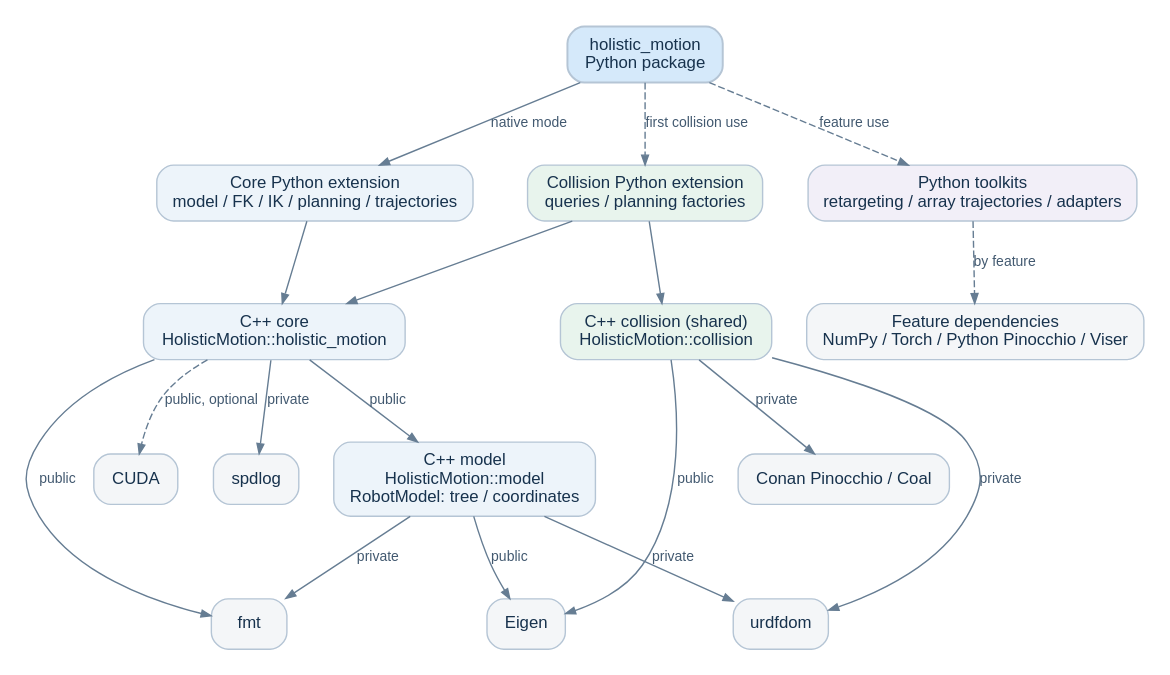
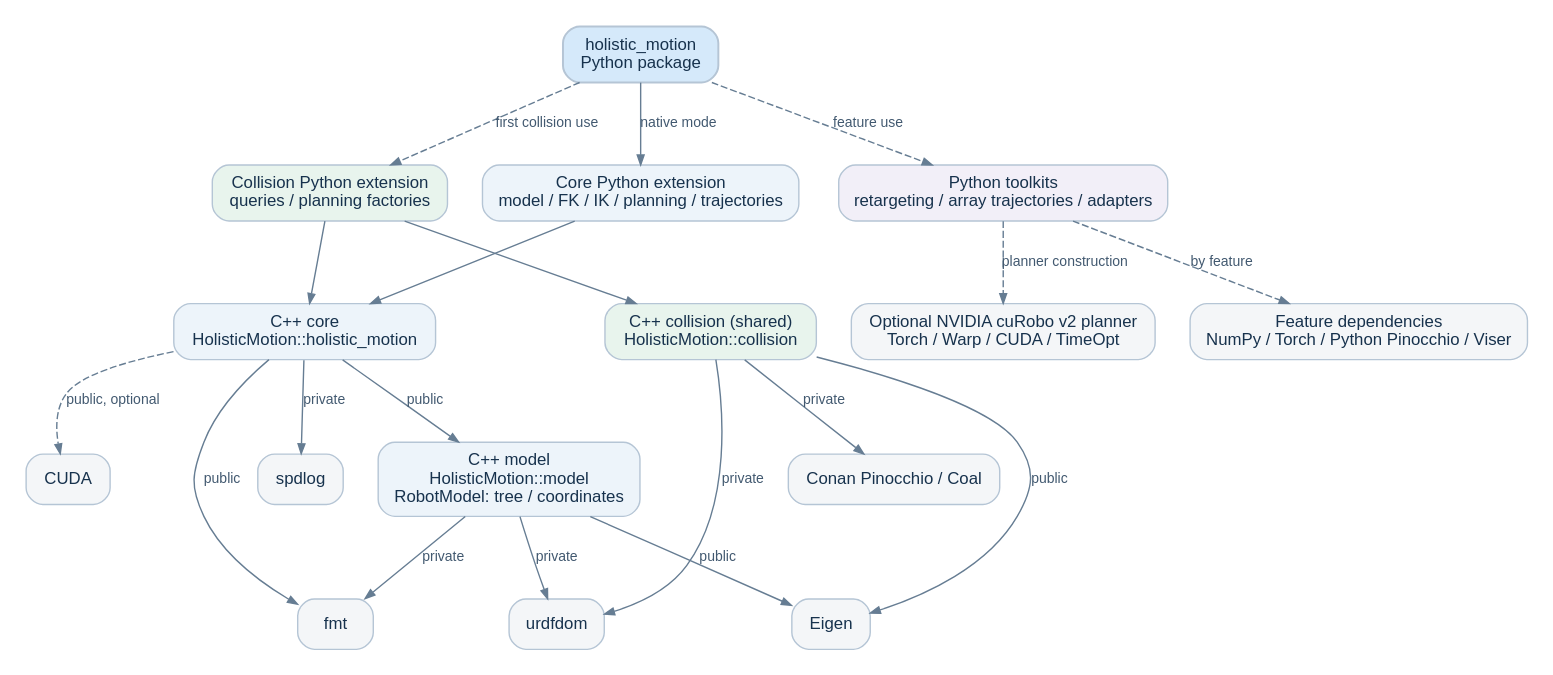
Before and after one commit to chase6305/HolisticMotion: the diagram in docs/assets/architecture.dot, drawn with Graphviz. The commit also changed 24 other files, not shown here.

```diff
--- a/docs/assets/architecture.dot
+++ b/docs/assets/architecture.dot
@@ -1,43 +1,45 @@
 digraph HolisticMotion {
     graph [rankdir=TB, bgcolor="white", pad=0.15, nodesep=0.35, ranksep=0.65];
     node [shape=box, style="rounded,filled", fontname="Arial", fontsize=12,
           color="#b5c5d5", fillcolor="#edf4fa", fontcolor="#17324d", margin="0.16,0.10"];
     edge [color="#667d93", arrowsize=0.7, fontname="Arial", fontsize=10,
           fontcolor="#425970"];
 
     facade [label="holistic_motion\nPython package", fillcolor="#d5e9fa", penwidth=1.4];
     core_py [label="Core Python extension\nmodel / FK / IK / planning / trajectories"];
     collision_py [label="Collision Python extension\nqueries / planning factories", fillcolor="#e8f4ed"];
     toolkit [label="Python toolkits\nretargeting / array trajectories / adapters", fillcolor="#f2eff8"];
     core_cpp [label="C++ core\nHolisticMotion::holistic_motion"];
     model_cpp [label="C++ model\nHolisticMotion::model\nRobotModel: tree / coordinates"];
     collision_cpp [label="C++ collision (shared)\nHolisticMotion::collision", fillcolor="#e8f4ed"];
     eigen [label="Eigen", fillcolor="#f4f6f8"];
     parser [label="urdfdom", fillcolor="#f4f6f8"];
     formatting [label="fmt", fillcolor="#f4f6f8"];
     logging [label="spdlog", fillcolor="#f4f6f8"];
     cuda [label="CUDA", fillcolor="#f4f6f8"];
     native_collision [label="Conan Pinocchio / Coal", fillcolor="#f4f6f8"];
     python_deps [label="Feature dependencies\nNumPy / Torch / Python Pinocchio / Viser", fillcolor="#f4f6f8"];
+    nvidia_planner [label="Optional NVIDIA cuRobo v2 planner\nTorch / Warp / CUDA / TimeOpt", fillcolor="#f4f6f8"];
 
     facade -> core_py [label="native mode"];
     facade -> collision_py [label="first collision use", style=dashed];
     facade -> toolkit [label="feature use", style=dashed];
     core_py -> core_cpp;
     collision_py -> core_cpp;
     collision_py -> collision_cpp;
     toolkit -> python_deps [label="by feature", style=dashed];
+    toolkit -> nvidia_planner [label="planner construction", style=dashed];
     core_cpp -> model_cpp [label="public"];
     core_cpp -> formatting [label="public"];
     core_cpp -> logging [label="private"];
     core_cpp -> cuda [label="public, optional", style=dashed];
     model_cpp -> eigen [label="public"];
     model_cpp -> formatting [label="private"];
     model_cpp -> parser [label="private"];
     collision_cpp -> eigen [label="public"];
     collision_cpp -> parser [label="private"];
     collision_cpp -> native_collision [label="private"];
 
     {rank=same; core_py; collision_py; toolkit;}
     {rank=same; core_cpp; collision_cpp;}
 }
```
